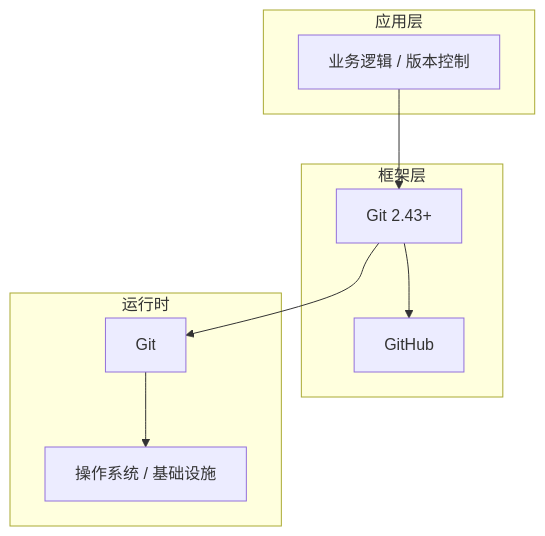
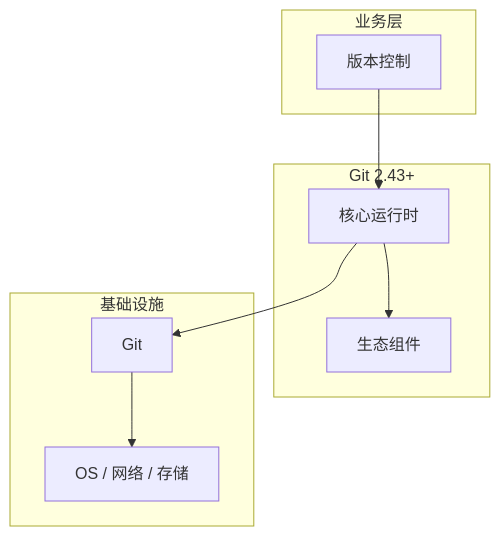
Before and after one commit to yanggan2015/knowledge-json-v2: the diagram in articles/Git版本控制/chapters/007-版本控制核心概念与原理.md, drawn with Mermaid. The commit also changed other lines of this file and 10127 other files, not shown here.

````diff
--- a/articles/Git版本控制/chapters/007-版本控制核心概念与原理.md
+++ b/articles/Git版本控制/chapters/007-版本控制核心概念与原理.md
@@ -45,18 +34,18 @@
 ```mermaid
 graph TB
-    subgraph 应用层
-        A[业务逻辑 / 版本控制]
+    subgraph 业务层
+        A[版本控制]
     end
-    subgraph 框架层
-        B[Git 2.43+]
-        C[GitHub]
+    subgraph Git 2.43+
+        B[核心运行时]
+        C[生态组件]
     end
-    subgraph 运行时
+    subgraph 基础设施
         D[Git]
-        E[操作系统 / 基础设施]
+        E[OS / 网络 / 存储]
     end
     A --> B
     B --> C
     B --> D
     D --> E
 ```
````
